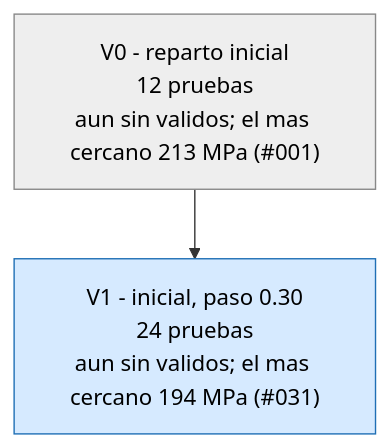
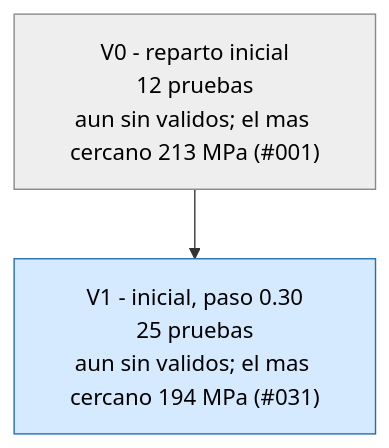
The first of 3 diagrams in runs/opt_37800N/ARBOL.md (Hugiko/msd-soporte-optimizacion), drawn with Mermaid before and after one commit. The commit also changed 19 other files, not shown here.

````diff
--- a/runs/opt_37800N/ARBOL.md
+++ b/runs/opt_37800N/ARBOL.md
@@ -9,9 +9,9 @@
 ```mermaid
 graph TD
 classDef activa fill:#d6eaff,stroke:#1f6fb5,color:#000
 classDef fin fill:#eeeeee,stroke:#888,color:#000
 classDef mejor fill:#c8f0c0,stroke:#1a9850,stroke-width:4px,color:#000
 V0["V0 - reparto inicial<br/>12 pruebas<br/>aun sin validos; el mas cercano 213 MPa (#001)"]:::fin
-V1["V1 - inicial, paso 0.30<br/>24 pruebas<br/>aun sin validos; el mas cercano 194 MPa (#031)"]:::activa
+V1["V1 - inicial, paso 0.30<br/>25 pruebas<br/>aun sin validos; el mas cercano 194 MPa (#031)"]:::activa
 V0 --> V1
 ```
````
